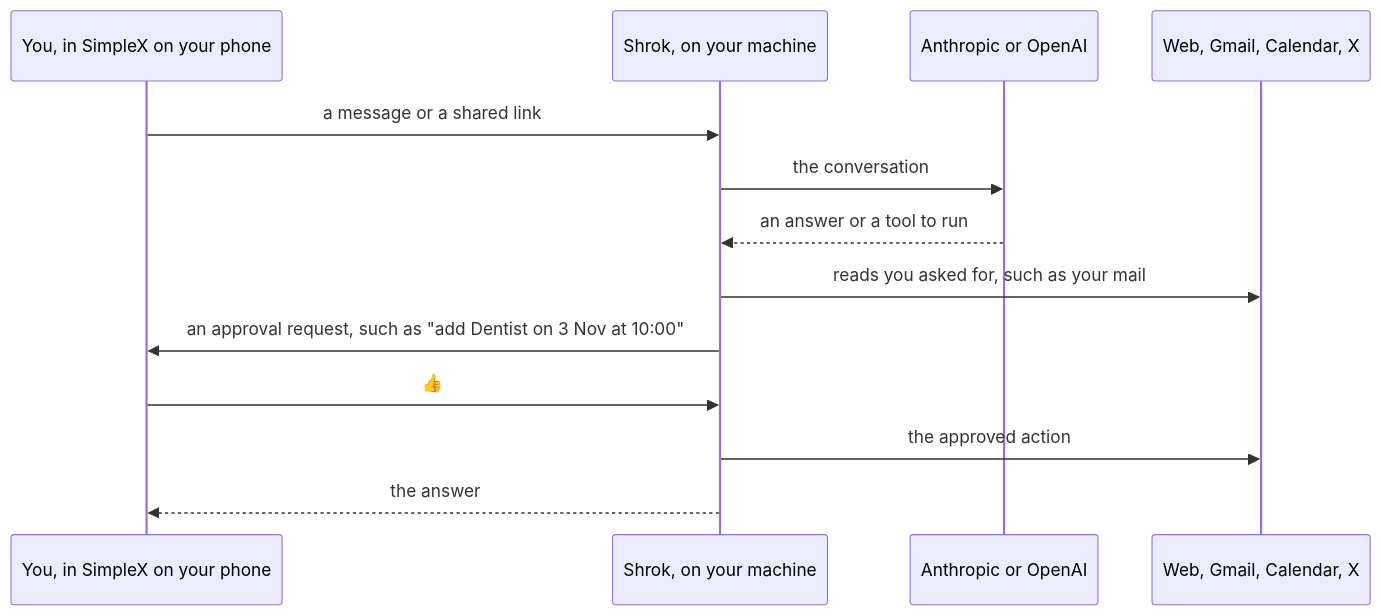
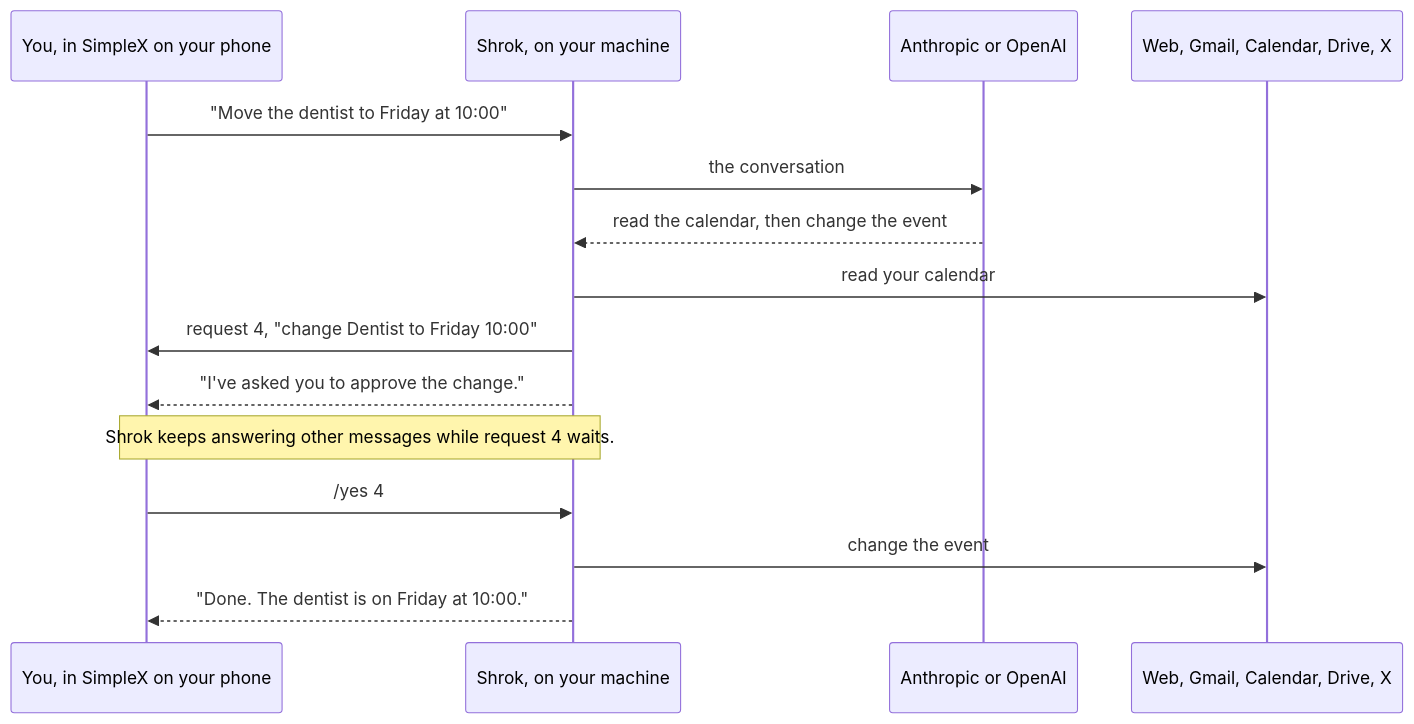
One commit to bjoernaagaard/shrok changed the diagram in README.md. Above: the diagram before and after it, drawn with Mermaid. The commit also changed other lines of this file and 1 other file, not shown here.

First line of the commit message:
Rewrite the README in plain words, with diagrams

````diff
--- a/README.md
+++ b/README.md
@@ -12,15 +12,17 @@
 ```mermaid
 sequenceDiagram
     participant Phone as You, in SimpleX on your phone
     participant Shrok as Shrok, on your machine
     participant Model as Anthropic or OpenAI
-    participant World as Web, Gmail, Calendar, X
-    Phone->>Shrok: a message or a shared link
+    participant World as Web, Gmail, Calendar, Drive, X
+    Phone->>Shrok: "Move the dentist to Friday at 10:00"
     Shrok->>Model: the conversation
-    Model-->>Shrok: an answer or a tool to run
-    Shrok->>World: reads you asked for, such as your mail
-    Shrok->>Phone: an approval request, such as "add Dentist on 3 Nov at 10:00"
-    Phone->>Shrok: 👍
-    Shrok->>World: the approved action
-    Shrok-->>Phone: the answer
+    Model-->>Shrok: read the calendar, then change the event
+    Shrok->>World: read your calendar
+    Shrok->>Phone: request 4, "change Dentist to Friday 10:00"
+    Shrok-->>Phone: "I've asked you to approve the change."
+    Note over Phone,Shrok: Shrok keeps answering other messages while request 4 waits.
+    Phone->>Shrok: /yes 4
+    Shrok->>World: change the event
+    Shrok-->>Phone: "Done. The dentist is on Friday at 10:00."
 ```
````
